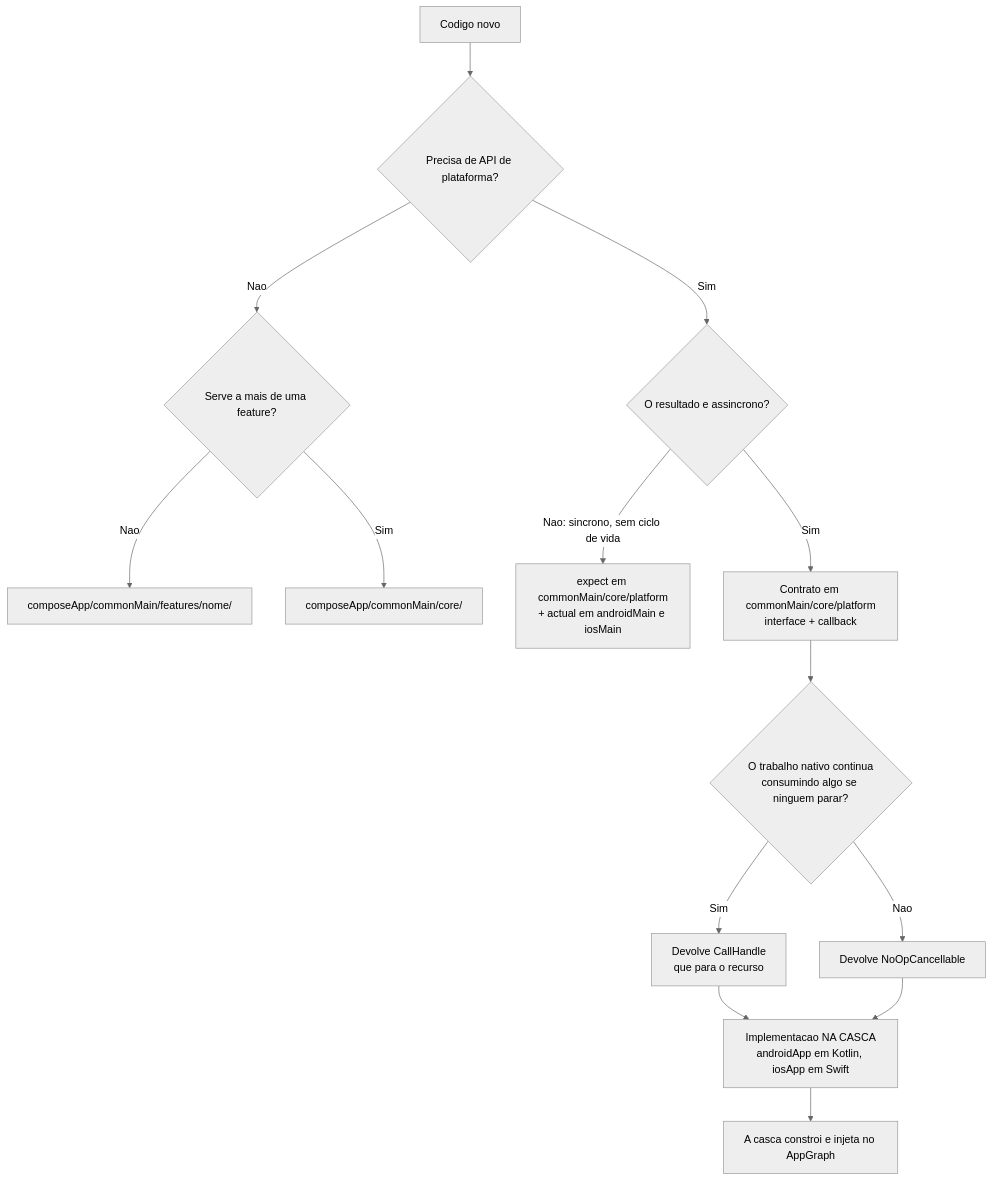
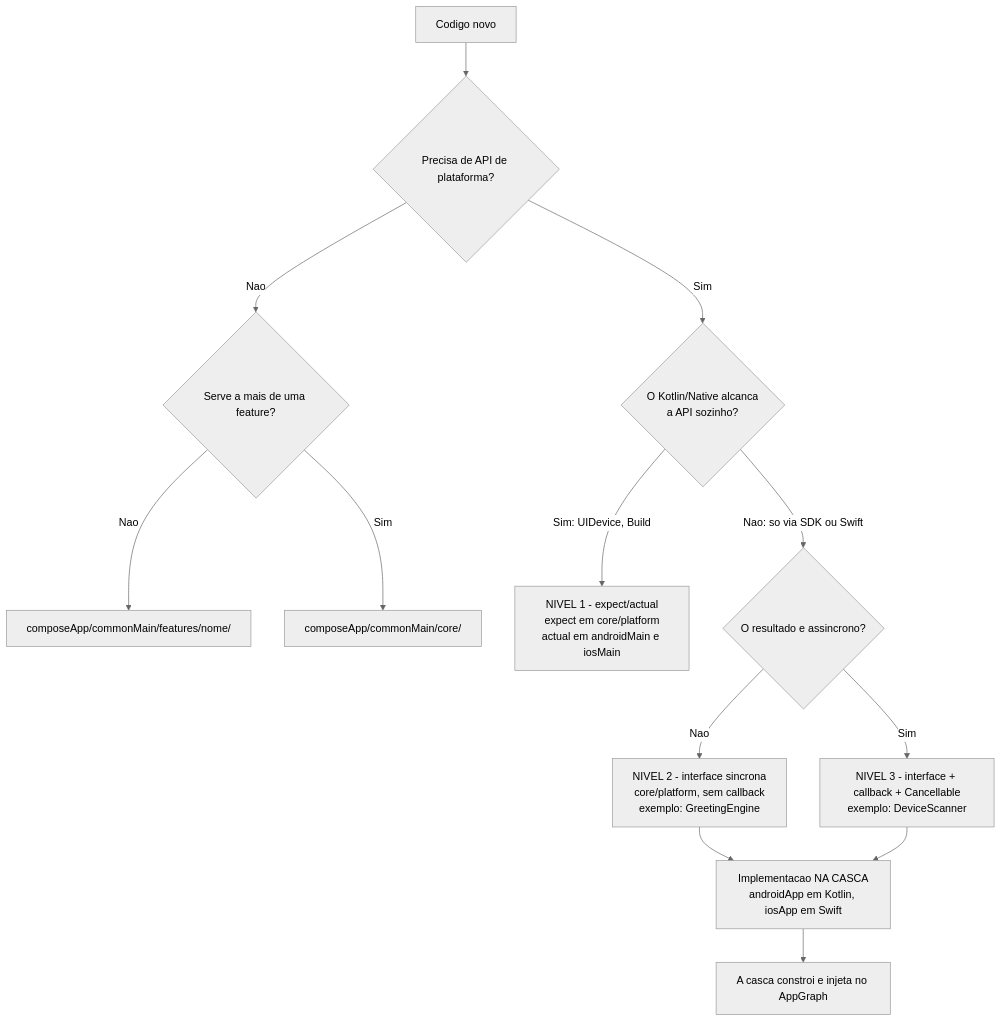
The second of 4 diagrams in docs/sdd/03_mapa_de_codigo.md (christianalexandre/kmp-foundation), drawn with Mermaid (neutral theme) before and after one commit. The commit also changed other lines of this file and 33 other files, not shown here.

````diff
--- a/docs/sdd/03_mapa_de_codigo.md
+++ b/docs/sdd/03_mapa_de_codigo.md
@@ -62,20 +62,21 @@
 ```mermaid
 flowchart TD
     inicio["Codigo novo"] --> q1{"Precisa de API de plataforma?"}
 
     q1 -->|Nao| q5{"Serve a mais de uma feature?"}
     q5 -->|Nao| feat["composeApp/commonMain/features/nome/"]
     q5 -->|Sim| core["composeApp/commonMain/core/"]
 
-    q1 -->|Sim| q2{"O resultado e assincrono?"}
+    q1 -->|Sim| q2{"O Kotlin/Native alcanca<br/>a API sozinho?"}
 
-    q2 -->|"Nao: sincrono, sem ciclo de vida"| ea["expect em commonMain/core/platform<br/>+ actual em androidMain e iosMain"]
+    q2 -->|"Sim: UIDevice, Build"| ea["NIVEL 1 - expect/actual<br/>expect em core/platform<br/>actual em androidMain e iosMain"]
 
-    q2 -->|Sim| contrato["Contrato em commonMain/core/platform<br/>interface + callback"]
-    contrato --> q3{"O trabalho nativo continua<br/>consumindo algo se ninguem parar?"}
-    q3 -->|Sim| handle["Devolve CallHandle<br/>que para o recurso"]
-    q3 -->|Nao| noop["Devolve NoOpCancellable"]
-    handle --> impl["Implementacao NA CASCA<br/>androidApp em Kotlin, iosApp em Swift"]
-    noop --> impl
+    q2 -->|"Nao: so via SDK ou Swift"| q3{"O resultado e assincrono?"}
+
+    q3 -->|Nao| sinc["NIVEL 2 - interface sincrona<br/>core/platform, sem callback<br/>exemplo: GreetingEngine"]
+    q3 -->|Sim| async["NIVEL 3 - interface + callback + Cancellable<br/>exemplo: DeviceScanner"]
+
+    sinc --> impl["Implementacao NA CASCA<br/>androidApp em Kotlin, iosApp em Swift"]
+    async --> impl
     impl --> injeta["A casca constroi e injeta no AppGraph"]
 ```
````
